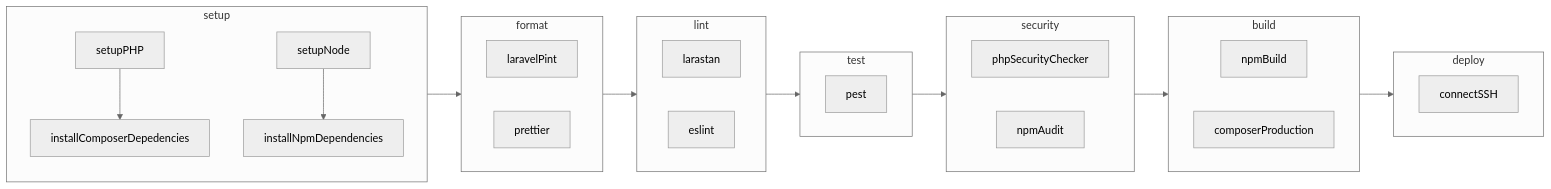
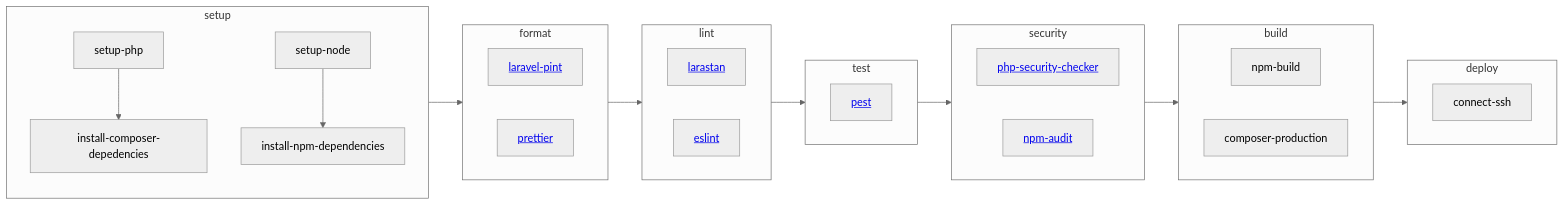
Before and after one commit to C-Super/couleur3: the diagram in docs/continuous-integration/continuous-integration.md, drawn with Mermaid (neutral theme).

Commit message:
fix graph links

````diff
--- a/docs/continuous-integration/continuous-integration.md
+++ b/docs/continuous-integration/continuous-integration.md
@@ -3,70 +3,62 @@
 ```mermaid
 flowchart LR
     subgraph setup
         direction TB
 
-        setupPHP
-        installComposerDepedencies
+        setup-php
+        install-composer-depedencies
 
-        setupNode
-        installNpmDependencies
+        setup-node
+        install-npm-dependencies
     end
 
     subgraph format
         direction LR
 
-        laravelPint
-        prettier
+        laravel-pint[<a href='https://laravel.com/docs/10.x/pint'>laravel-pint</a>]
+        prettier[<a href='https://prettier.io/'>prettier</a>]
     end
 
     subgraph lint
         direction LR
 
-        larastan
-        eslint
+        larastan[<a href='https://github.com/nunomaduro/larastan'>larastan</a>]
+        eslint[<a href='https://eslint.org/'>eslint</a>]
     end
 
     subgraph test
         direction LR
 
-        pest
+        pest[<a href='https://pestphp.com/'>pest</a>]
     end
 
     subgraph security
         direction LR
 
-        phpSecurityChecker
-        npmAudit
+        php-security-checker[<a href='https://github.com/enlightn/security-checker'>php-security-checker</a>]
+        npm-audit[<a href='https://docs.npmjs.com/cli/v9/commands/npm-audit'>npm-audit</a>]
     end
 
     subgraph build
         direction LR
 
-        npmBuild
-        composerProduction
+        npm-build
+        composer-production
     end
 
     subgraph deploy
         direction LR
 
-        connectSSH
+        connect-ssh
     end
 
-    setupPHP --> installComposerDepedencies
-    setupNode --> installNpmDependencies
+    setup-php --> install-composer-depedencies
+    setup-node --> install-npm-dependencies
 
     setup --> format
     format --> lint
     lint --> test
     test --> security
     security --> build
     build --> deploy
-
-    click laravelPint "https://laravel.com/docs/10.x/pint" _blank
-    click prettier "https://prettier.io/" _blank
-    click larastan "https://github.com/nunomaduro/larastan" _blank
-    click eslint "https://eslint.org/" _blank
-    click pest "https://pestphp.com/" _blank
-    click phpSecurityChecker "https://github.com/enlightn/security-checker" _blank
-    click npmAudit "https://docs.npmjs.com/cli/v9/commands/npm-audit" _blank
 ```
````
